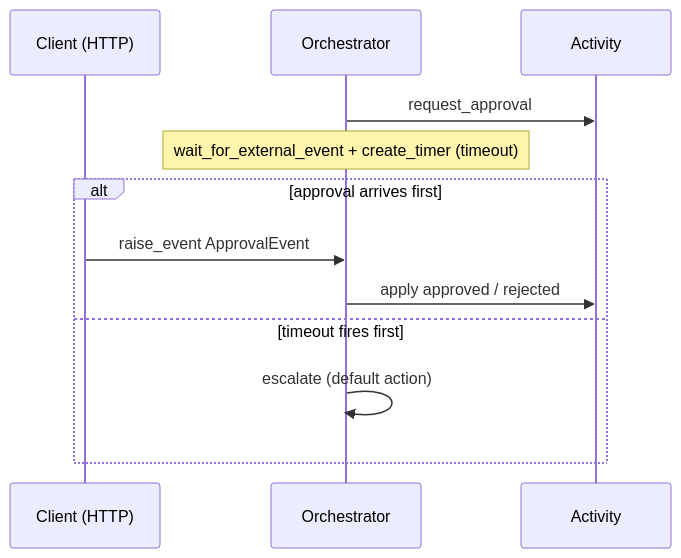
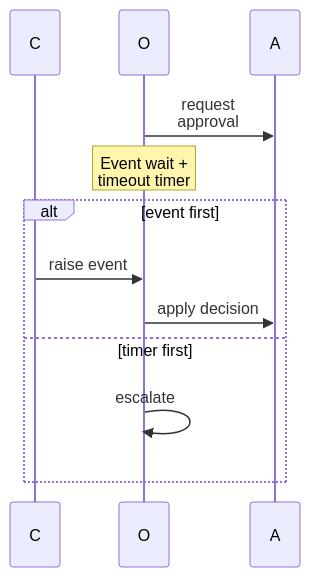
Before and after one commit to yeongseon/azure-functions-practical-guide: the fourth of 4 diagrams in docs/language-guides/python/recipes/durable-orchestration.md, drawn with Mermaid. The commit also changed other lines of this file and 4 other files, not shown here.

First line of the commit message:
docs(diagrams): migrate Functions Durable Functions — durable orchestration and durable advanced and related pages (#424)

````diff
--- a/docs/language-guides/python/recipes/durable-orchestration.md
+++ b/docs/language-guides/python/recipes/durable-orchestration.md
@@ -344,14 +382,17 @@
 ```mermaid
+%%{init: {"sequence": {"width": 50, "actorMargin": 10, "diagramMarginX": 5, "noteMargin": 5}}}%%
 sequenceDiagram
-    participant Cli as Client (HTTP)
-    participant Orc as Orchestrator
-    participant Act as Activity
-    Orc->>Act: request_approval
-    Note over Orc: wait_for_external_event + create_timer (timeout)
-    alt approval arrives first
-        Cli->>Orc: raise_event ApprovalEvent
-        Orc->>Act: apply approved / rejected
-    else timeout fires first
-        Orc->>Orc: escalate (default action)
+    accTitle: Approval event versus durable timeout
+    accDescr: An orchestrator requests approval through an activity and waits for an external decision or a timer. If the event arrives first it applies the decision, approved or rejected; if the timer wins it escalates.
+    participant Cli as C
+    participant Orc as O
+    participant Act as A
+    Orc->>Act: request<br/>approval
+    Note over Orc: Event wait +<br/>timeout timer
+    alt event first
+        Cli->>Orc: raise event
+        Orc->>Act: apply decision
+    else timer first
+        Orc->>Orc: escalate
     end
 ```
````
